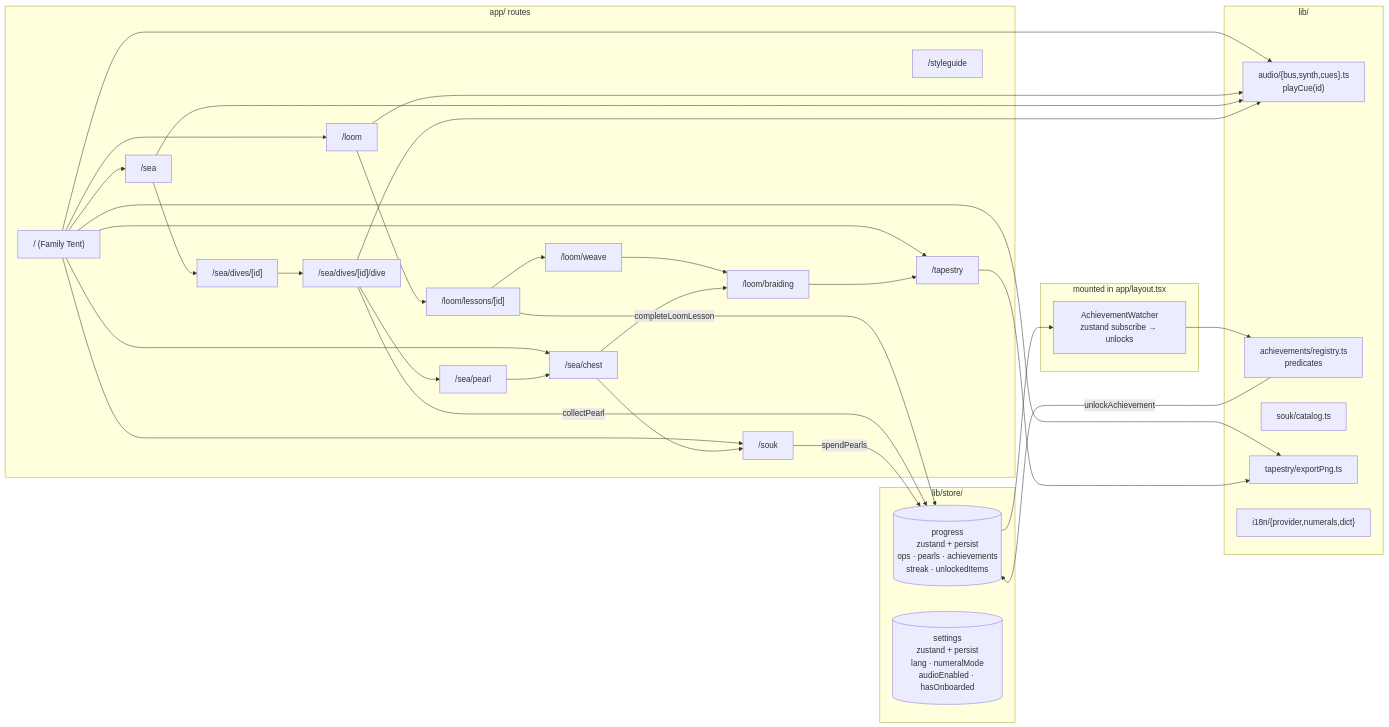
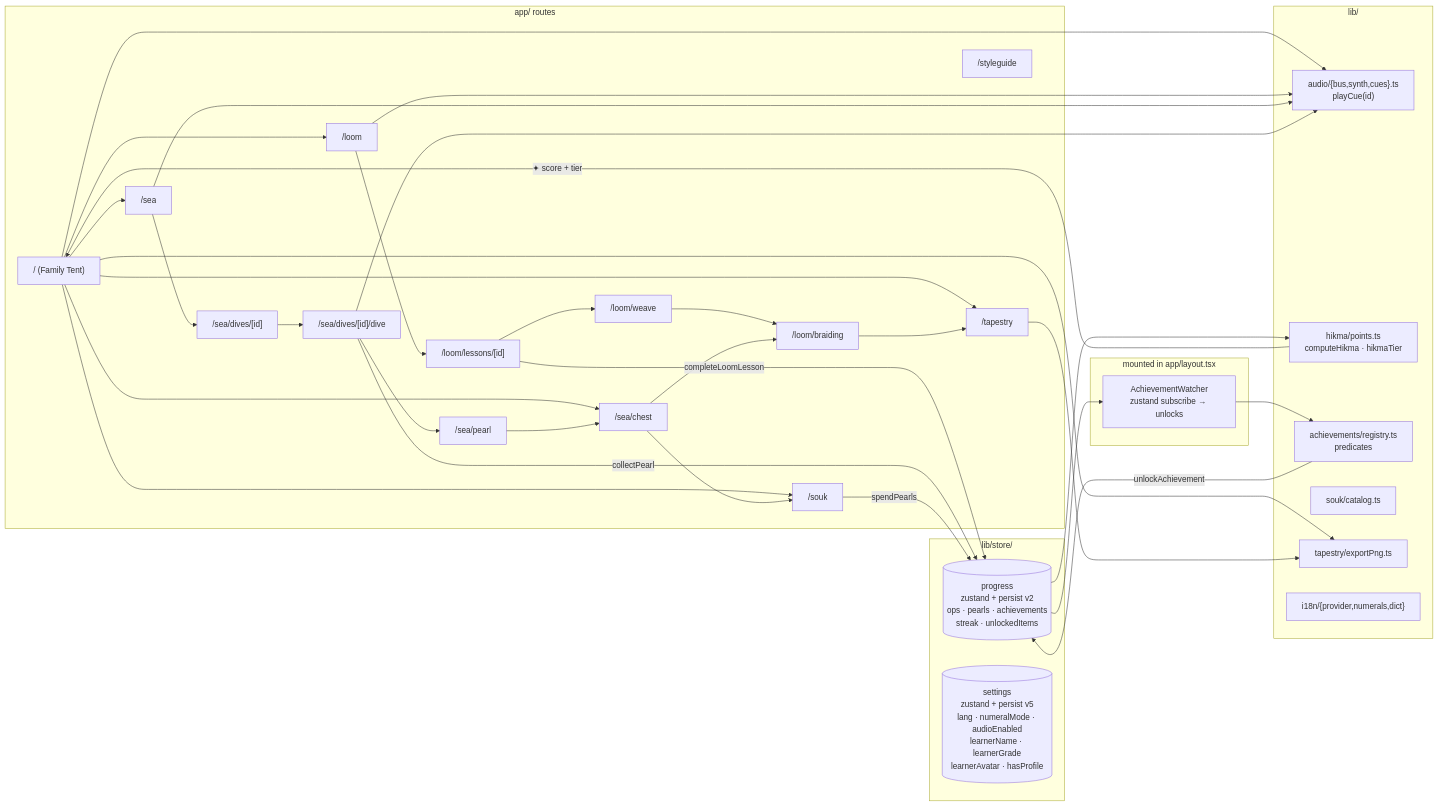
One commit to Onesignature/pearl-and-loom changed the diagram in README.md. Above: the diagram before and after it, drawn with Mermaid. The commit also changed other lines of this file, not shown here.

First line of the commit message:
update README with profile, hikma, quizzes, and leaderboard

````diff
--- a/README.md
+++ b/README.md
@@ -230,49 +236,52 @@
 ```mermaid
 flowchart LR
     subgraph routes["app/ routes"]
         home["/ (Family Tent)"]
         loomHub["/loom"]
         loomLesson["/loom/lessons/[id]"]
         weave["/loom/weave"]
         braiding["/loom/braiding"]
         seaHub["/sea"]
         preDive["/sea/dives/[id]"]
         dive["/sea/dives/[id]/dive"]
         pearl["/sea/pearl"]
         chest["/sea/chest"]
         souk["/souk"]
         tapestry["/tapestry"]
         styleguide["/styleguide"]
     end
 
     subgraph stores["lib/store/"]
-        progress[("progress<br/>zustand + persist<br/>ops · pearls · achievements<br/>streak · unlockedItems")]
-        settings[("settings<br/>zustand + persist<br/>lang · numeralMode<br/>audioEnabled · hasOnboarded")]
+        progress[("progress<br/>zustand + persist v2<br/>ops · pearls · achievements<br/>streak · unlockedItems")]
+        settings[("settings<br/>zustand + persist v5<br/>lang · numeralMode · audioEnabled<br/>learnerName · learnerGrade<br/>learnerAvatar · hasProfile")]
     end
 
     subgraph services["lib/"]
         audio["audio/{bus,synth,cues}.ts<br/>playCue(id)"]
+        hikma["hikma/points.ts<br/>computeHikma · hikmaTier"]
         achievements["achievements/registry.ts<br/>predicates"]
         souk_cat["souk/catalog.ts"]
         export["tapestry/exportPng.ts"]
         i18n["i18n/{provider,numerals,dict}"]
     end
 
     subgraph watchers["mounted in app/layout.tsx"]
         watch["AchievementWatcher<br/>zustand subscribe → unlocks"]
     end
 
     home --> loomHub & seaHub & souk & chest & tapestry
     loomHub --> loomLesson --> weave --> braiding
     seaHub --> preDive --> dive --> pearl --> chest
     chest --> braiding & souk
     braiding --> tapestry
 
     loomLesson -- completeLoomLesson --> progress
     dive -- collectPearl --> progress
     souk -- spendPearls --> progress
     progress --> watch --> achievements
     achievements -- unlockAchievement --> progress
+    progress --> hikma
+    hikma -- "✦ score + tier" --> home
     home & loomHub & seaHub & dive --> audio
     home & tapestry --> export
 ```
````
